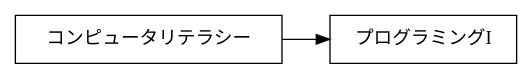
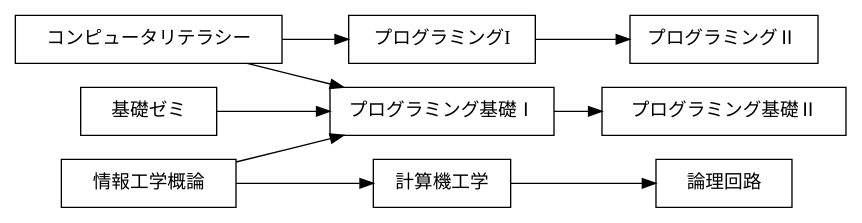
One commit to kkShota/Graph changed the first of 4 diagrams in exercise.md. Above: the diagram before and after it, drawn with Graphviz. The commit also changed other lines of this file, not shown here.

Commit message:
Create graph

````diff
--- a/exercise.md
+++ b/exercise.md
@@ -11,8 +11,14 @@
 ```graphviz
 digraph {
     rankdir = "LR";
     node [shape=box];
-
     "     コンピュータリテラシー    " -> "   プログラミングI  ";
+     "     コンピュータリテラシー    " -> "   プログラミング基礎Ⅰ  ";
+    "　情報工学概論　"->"   プログラミング基礎Ⅰ  ";
+    "   プログラミング基礎Ⅰ  "->"　プログラミング基礎Ⅱ　"
+    "   プログラミングI  "->"  プログラミングⅡ  ";
+      "　基礎ゼミ　"->"   プログラミング基礎Ⅰ  ";
+     "　情報工学概論　"->"   計算機工学  ";
+     "   計算機工学  "->"　論理回路　";
 }
 ```
````
